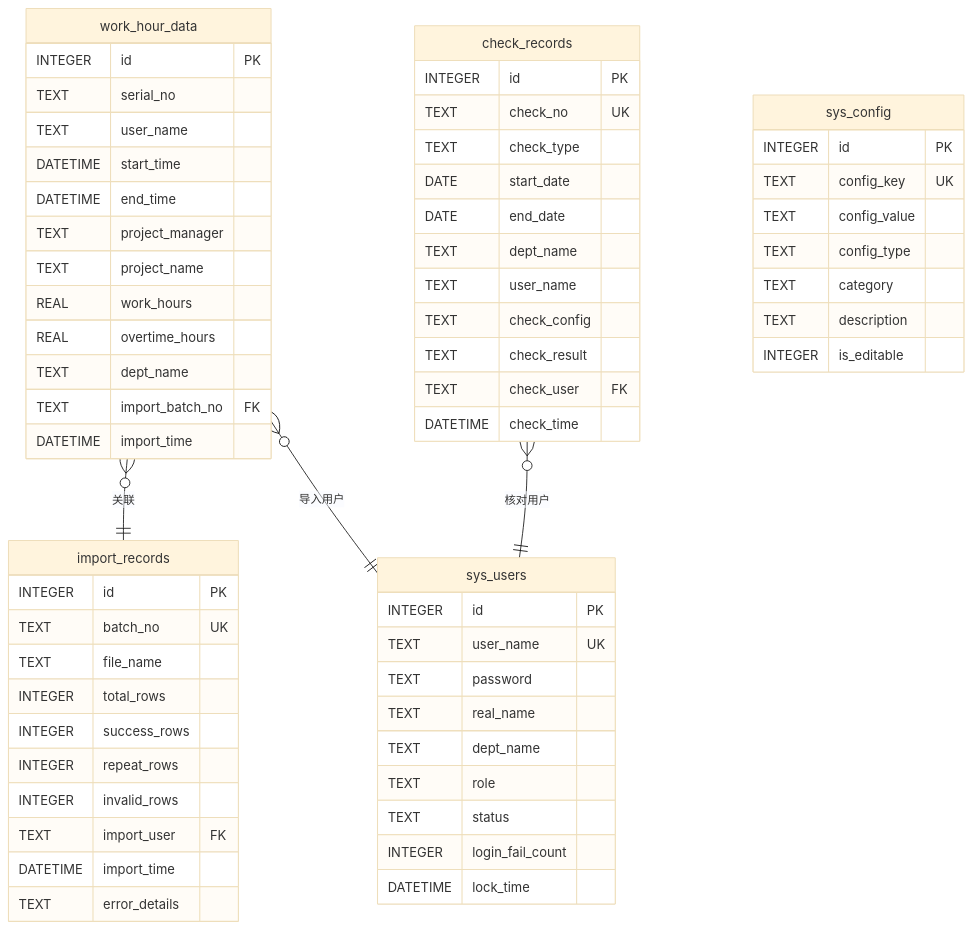
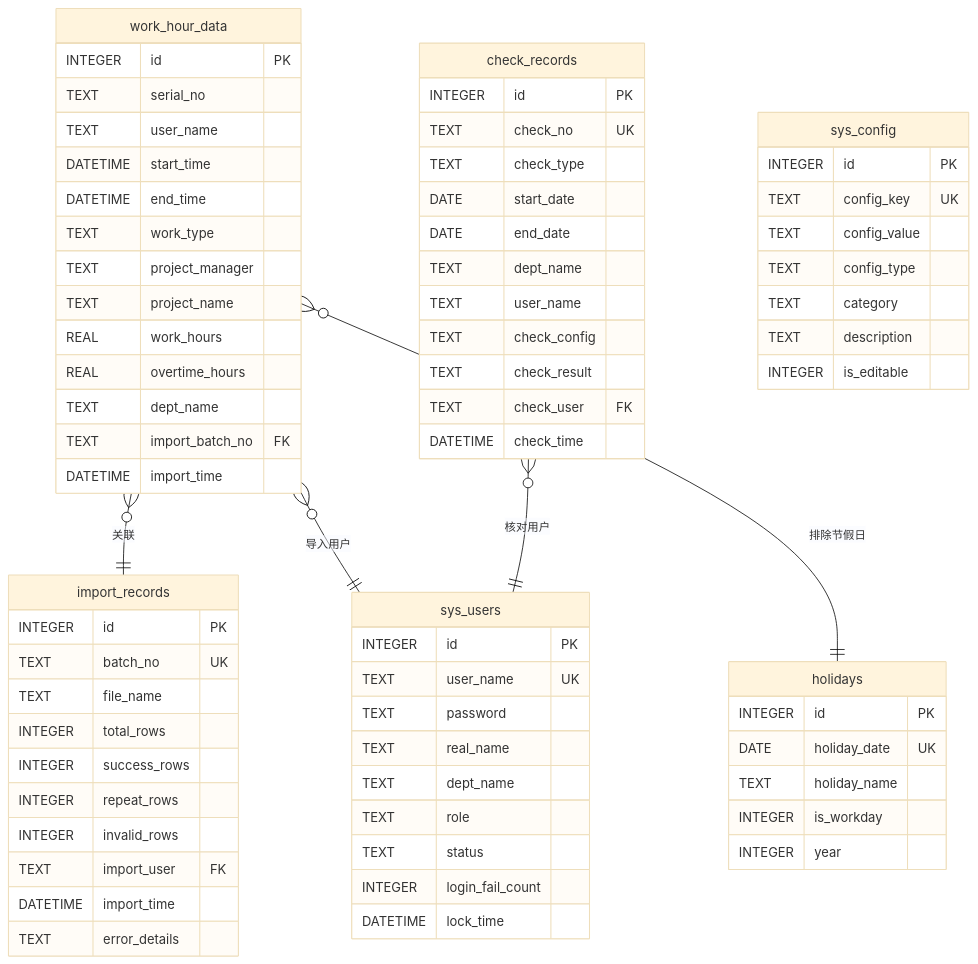
Before and after one commit to 9dragon/workinghour: the diagram in design/数据库详细设计.md, drawn with Mermaid (base theme). The commit also changed other lines of this file and 2 other files, not shown here.

````diff
--- a/design/数据库详细设计.md
+++ b/design/数据库详细设计.md
@@ -551,70 +803,80 @@
 ```mermaid
 erDiagram
     work_hour_data }o--|| import_records : "关联"
     work_hour_data }o--|| sys_users : "导入用户"
     check_records }o--|| sys_users : "核对用户"
+    work_hour_data }o--|| holidays : "排除节假日"
 
     work_hour_data {
         INTEGER id PK
         TEXT serial_no
         TEXT user_name
         DATETIME start_time
         DATETIME end_time
+        TEXT work_type
         TEXT project_manager
         TEXT project_name
         REAL work_hours
         REAL overtime_hours
         TEXT dept_name
         TEXT import_batch_no FK
         DATETIME import_time
     }
 
     import_records {
         INTEGER id PK
         TEXT batch_no UK
         TEXT file_name
         INTEGER total_rows
         INTEGER success_rows
         INTEGER repeat_rows
         INTEGER invalid_rows
         TEXT import_user FK
         DATETIME import_time
         TEXT error_details
     }
 
     check_records {
         INTEGER id PK
         TEXT check_no UK
         TEXT check_type
         DATE start_date
         DATE end_date
         TEXT dept_name
         TEXT user_name
         TEXT check_config
         TEXT check_result
         TEXT check_user FK
         DATETIME check_time
     }
 
     sys_users {
         INTEGER id PK
         TEXT user_name UK
         TEXT password
         TEXT real_name
         TEXT dept_name
         TEXT role
         TEXT status
         INTEGER login_fail_count
         DATETIME lock_time
     }
 
+    holidays {
+        INTEGER id PK
+        DATE holiday_date UK
+        TEXT holiday_name
+        INTEGER is_workday
+        INTEGER year
+    }
+
     sys_config {
         INTEGER id PK
         TEXT config_key UK
         TEXT config_value
         TEXT config_type
         TEXT category
         TEXT description
         INTEGER is_editable
     }
 ```
````
